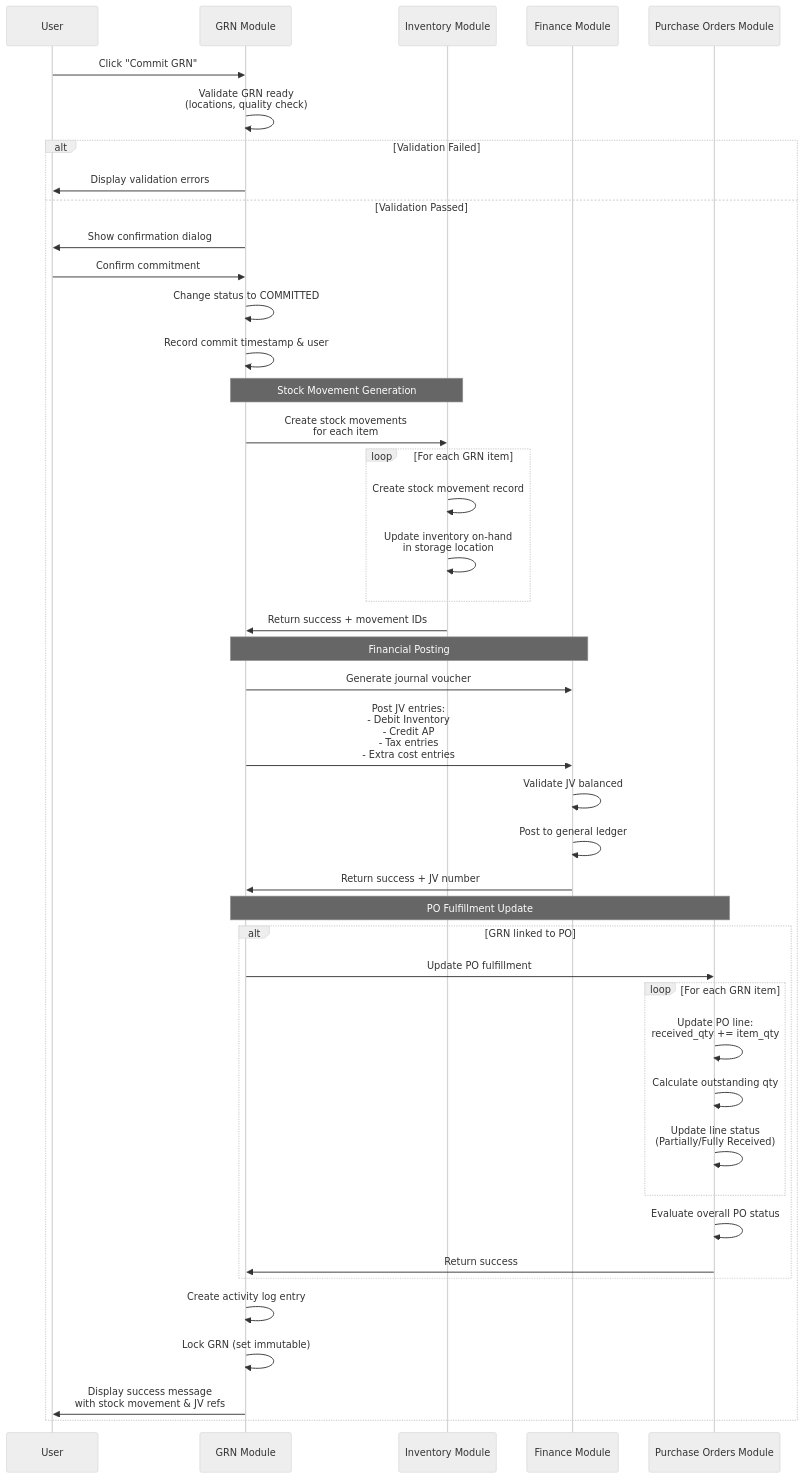
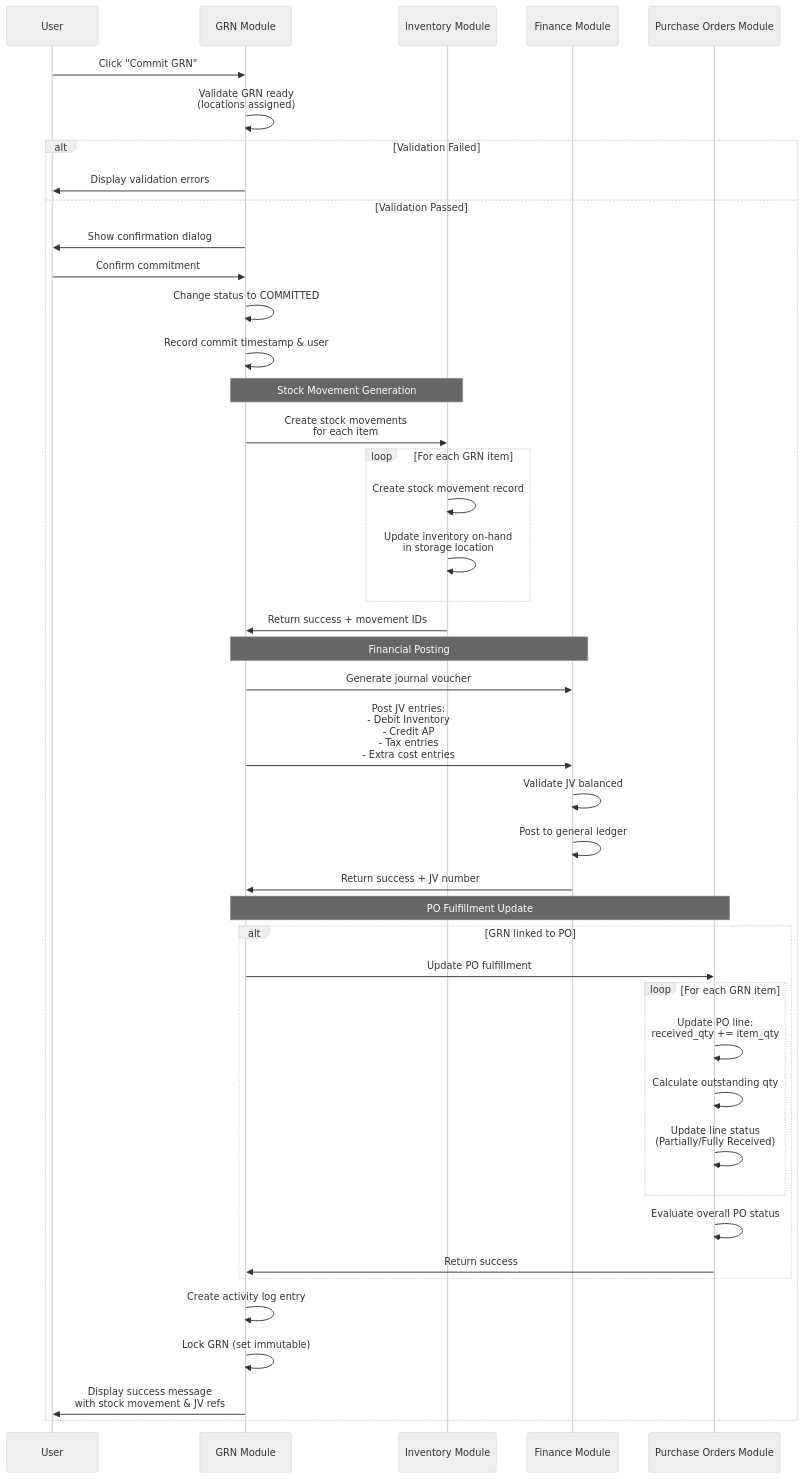
The sixth of 6 diagrams in docs/app/procurement/goods-received-notes/FD-goods-received-note.md (CarmenSoftware-organization/carmen), drawn with Mermaid (neutral theme) before and after one commit. The commit also changed other lines of this file and 38 other files, not shown here.

````diff
--- a/docs/app/procurement/goods-received-notes/FD-goods-received-note.md
+++ b/docs/app/procurement/goods-received-notes/FD-goods-received-note.md
@@ -486,52 +468,52 @@
 ```mermaid
 sequenceDiagram
     participant User
     participant GRN as GRN Module
     participant Inv as Inventory Module
     participant Fin as Finance Module
     participant PO as Purchase Orders Module
 
     User->>GRN: Click "Commit GRN"
-    GRN->>GRN: Validate GRN ready<br/>(locations, quality check)
+    GRN->>GRN: Validate GRN ready<br/>(locations assigned)
 
     alt Validation Failed
         GRN->>User: Display validation errors
     else Validation Passed
         GRN->>User: Show confirmation dialog
         User->>GRN: Confirm commitment
 
         GRN->>GRN: Change status to COMMITTED
         GRN->>GRN: Record commit timestamp & user
 
         Note over GRN,Inv: Stock Movement Generation
         GRN->>Inv: Create stock movements<br/>for each item
         loop For each GRN item
             Inv->>Inv: Create stock movement record
             Inv->>Inv: Update inventory on-hand<br/>in storage location
         end
         Inv->>GRN: Return success + movement IDs
 
         Note over GRN,Fin: Financial Posting
         GRN->>Fin: Generate journal voucher
         GRN->>Fin: Post JV entries:<br/>- Debit Inventory<br/>- Credit AP<br/>- Tax entries<br/>- Extra cost entries
         Fin->>Fin: Validate JV balanced
         Fin->>Fin: Post to general ledger
         Fin->>GRN: Return success + JV number
 
         Note over GRN,PO: PO Fulfillment Update
         alt GRN linked to PO
             GRN->>PO: Update PO fulfillment
             loop For each GRN item
                 PO->>PO: Update PO line:<br/>received_qty += item_qty
                 PO->>PO: Calculate outstanding qty
                 PO->>PO: Update line status<br/>(Partially/Fully Received)
             end
             PO->>PO: Evaluate overall PO status
             PO->>GRN: Return success
         end
 
         GRN->>GRN: Create activity log entry
         GRN->>GRN: Lock GRN (set immutable)
         GRN->>User: Display success message<br/>with stock movement & JV refs
     end
 ```
````
